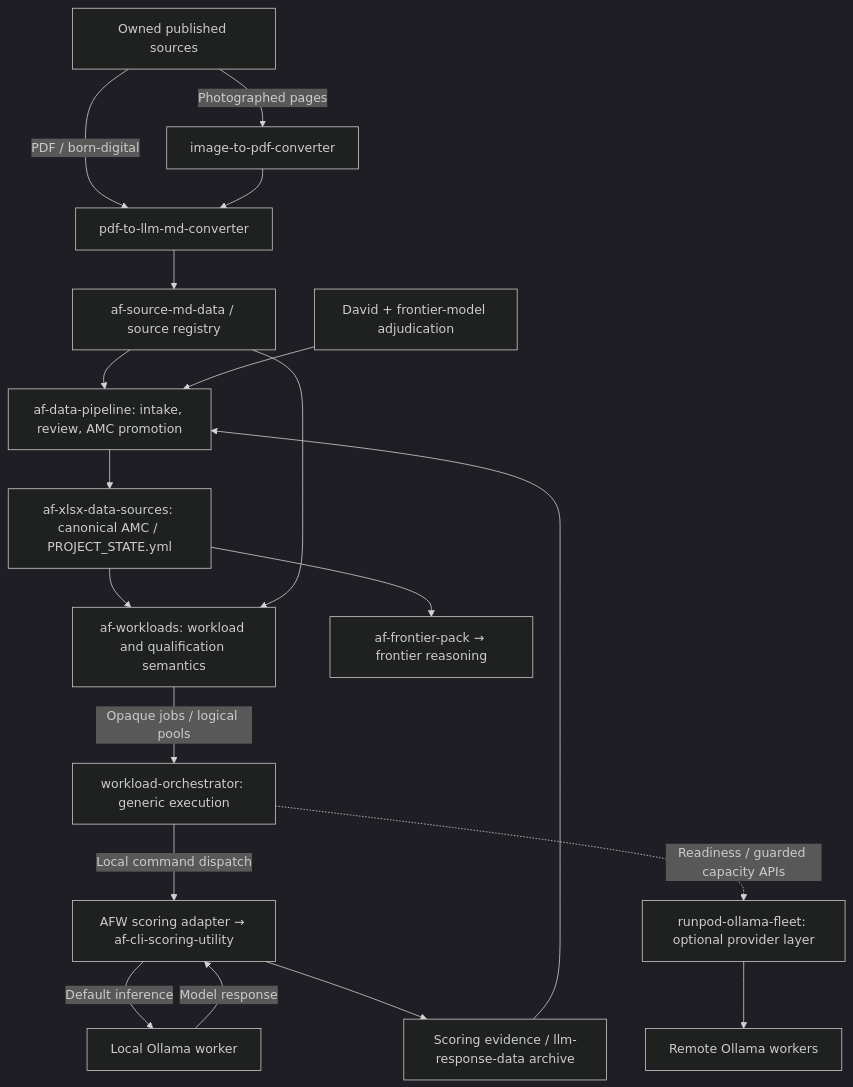
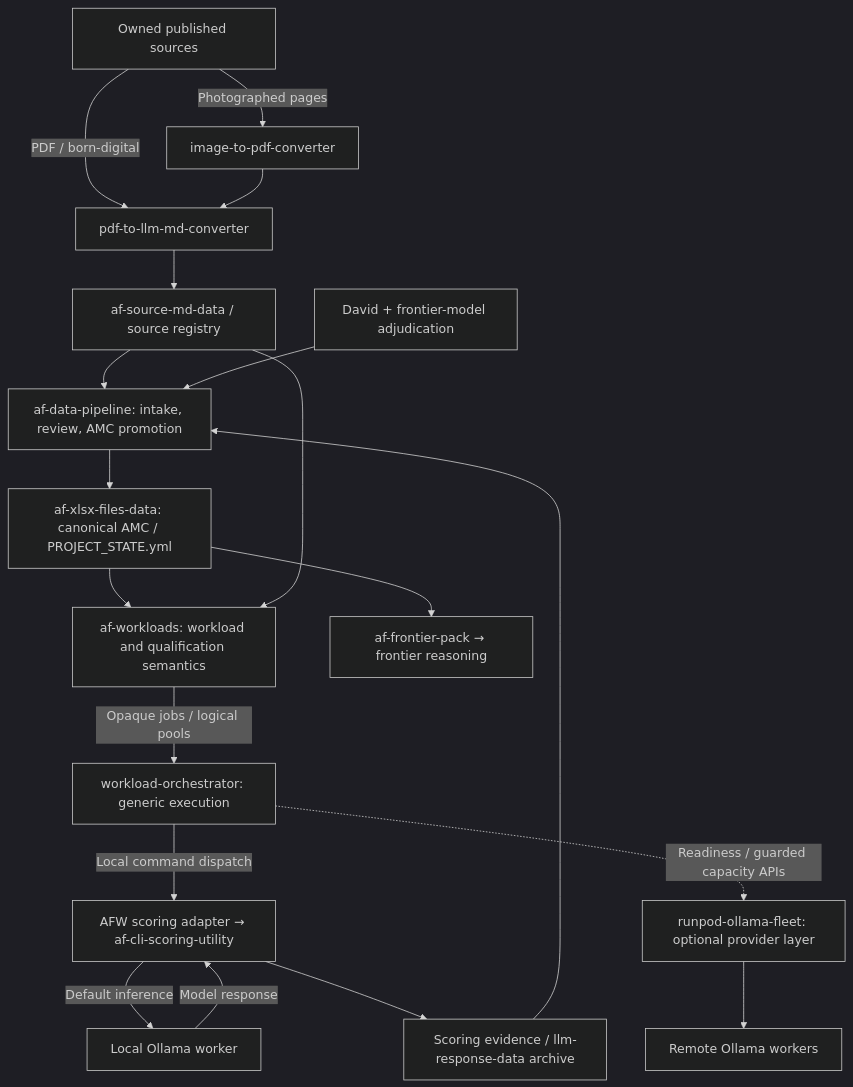
Before and after one commit to dtnorris/adventure-finder: the diagram in README.md, drawn with Mermaid (dark theme). The commit also changed other lines of this file and 11 other files, not shown here.

First line of the commit message:
Use af-xlsx-files-data as the default private catalog (OS-XL-08) (#30)

````diff
--- a/README.md
+++ b/README.md
@@ -640,21 +644,21 @@
 ```mermaid
 flowchart TD
     sources["Owned published sources"] -->|"PDF / born-digital"| pdf["pdf-to-llm-md-converter"]
     sources -->|"Photographed pages"| photos["image-to-pdf-converter"]
     photos --> pdf
     pdf --> corpus["af-source-md-data / source registry"]
     corpus --> pipeline["af-data-pipeline: intake, review, AMC promotion"]
     review["David + frontier-model adjudication"] --> pipeline
-    pipeline --> catalog["af-xlsx-data-sources: canonical AMC / PROJECT_STATE.yml"]
+    pipeline --> catalog["af-xlsx-files-data: canonical AMC / PROJECT_STATE.yml"]
     catalog --> afw["af-workloads: workload and qualification semantics"]
     corpus --> afw
     afw -->|"Opaque jobs / logical pools"| wlo["workload-orchestrator: generic execution"]
     wlo -->|"Local command dispatch"| scorer["AFW scoring adapter → af-cli-scoring-utility"]
     scorer -->|"Default inference"| local["Local Ollama worker"]
     local -->|"Model response"| scorer
     wlo -.->|"Readiness / guarded capacity APIs"| rpof["runpod-ollama-fleet: optional provider layer"]
     rpof --> remote["Remote Ollama workers"]
     scorer --> evidence["Scoring evidence / llm-response-data archive"]
     evidence --> pipeline
     catalog --> frontier["af-frontier-pack → frontier reasoning"]
 ```
````
